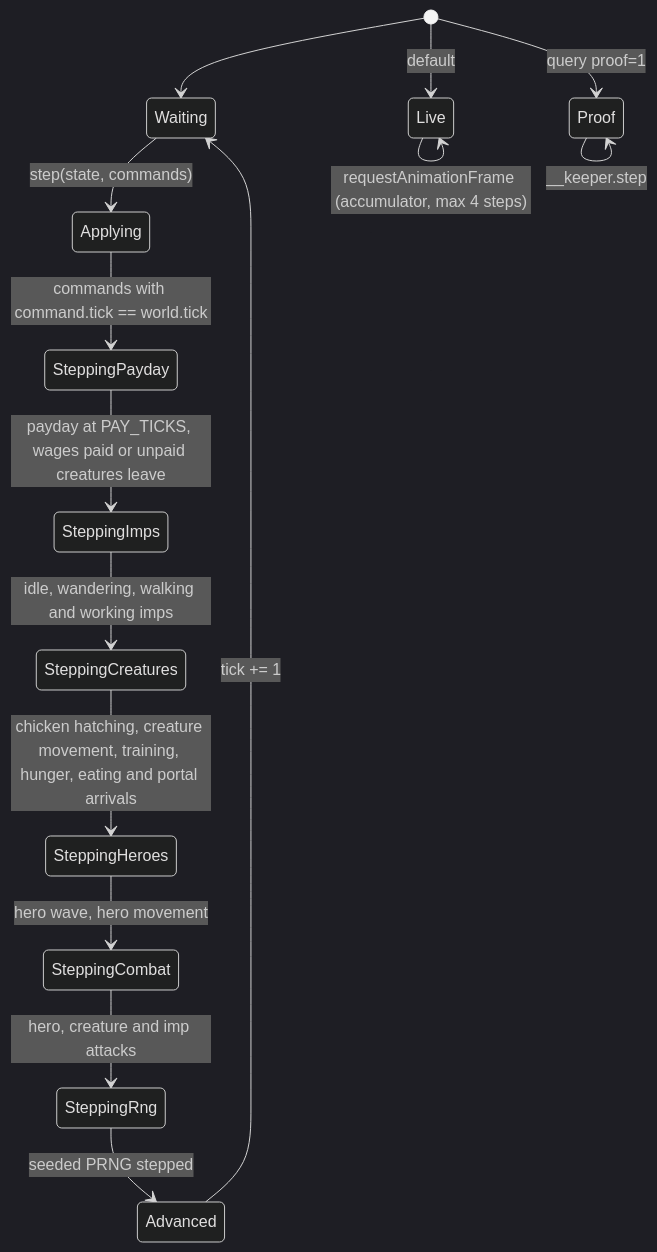
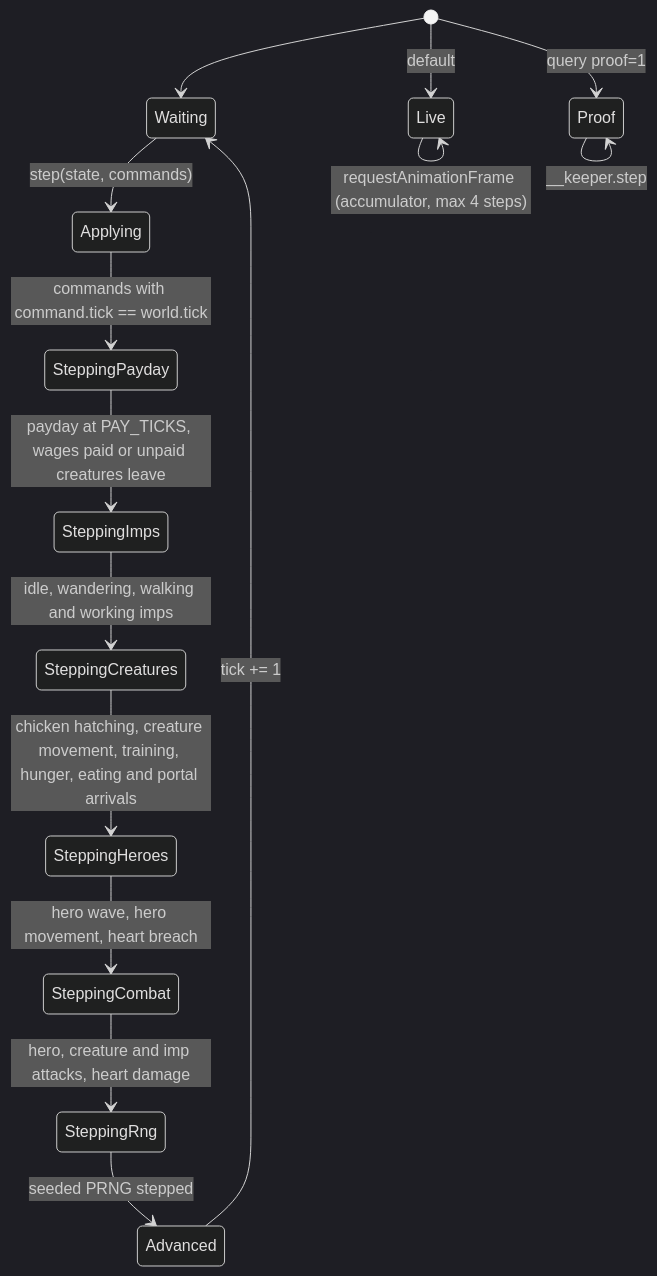
The eighth of 8 diagrams in docs/design.md (jmporchet/keeper), drawn with Mermaid (dark theme) before and after one commit. The commit also changed other lines of this file and 13 other files, not shown here.

Commit message:
Hero goals: path to heart, heart HP, breach without defeat

````diff
--- a/docs/design.md
+++ b/docs/design.md
@@ -308,17 +313,17 @@
 ```mermaid
 stateDiagram-v2
     [*] --> Waiting
     Waiting --> Applying: step(state, commands)
     Applying --> SteppingPayday: commands with command.tick == world.tick
     SteppingPayday --> SteppingImps: payday at PAY_TICKS, wages paid or unpaid creatures leave
     SteppingImps --> SteppingCreatures: idle, wandering, walking and working imps
     SteppingCreatures --> SteppingHeroes: chicken hatching, creature movement, training, hunger, eating and portal arrivals
-    SteppingHeroes --> SteppingCombat: hero wave, hero movement
-    SteppingCombat --> SteppingRng: hero, creature and imp attacks
+    SteppingHeroes --> SteppingCombat: hero wave, hero movement, heart breach
+    SteppingCombat --> SteppingRng: hero, creature and imp attacks, heart damage
     SteppingRng --> Advanced: seeded PRNG stepped
     Advanced --> Waiting: tick += 1
     [*] --> Live: default
     [*] --> Proof: query proof=1
     Live --> Live: requestAnimationFrame (accumulator, max 4 steps)
     Proof --> Proof: __keeper.step
 ```
````
